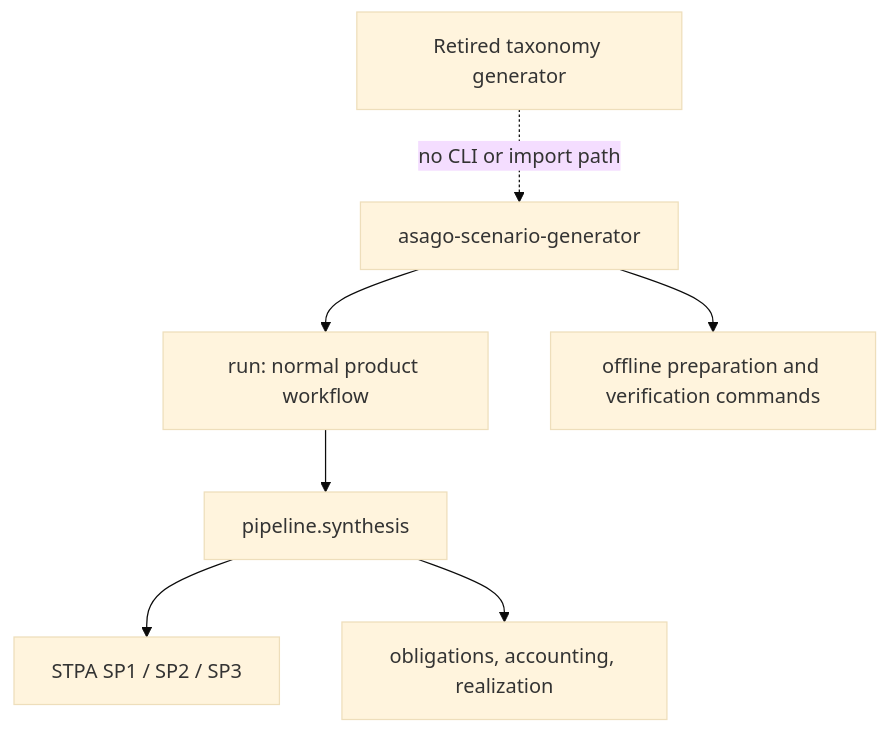
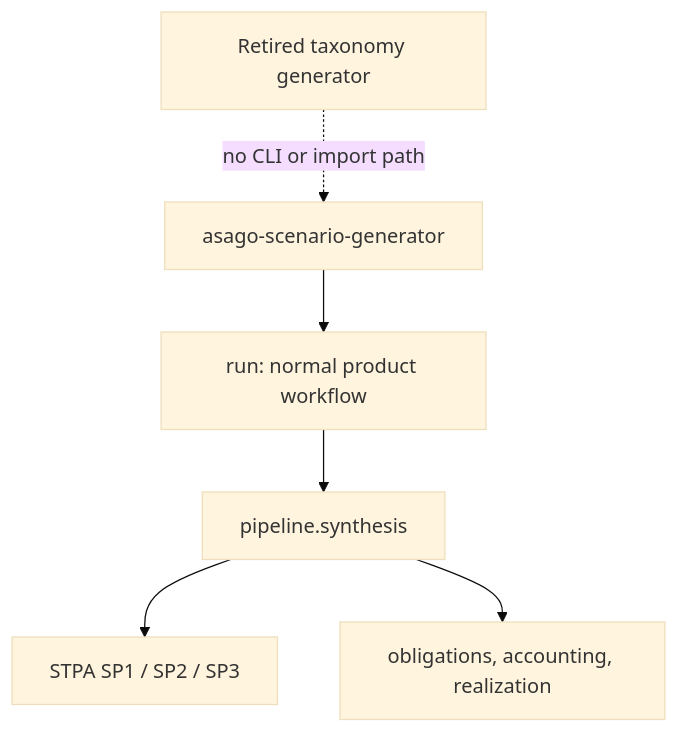
One commit to hjrnunes/asago-scenario-generator changed the second of 3 diagrams in docs/architecture/data-flow-diagrams.md. Above: the diagram before and after it, drawn with Mermaid (base theme). The commit also changed other lines of this file and 14 other files, not shown here.

````diff
--- a/docs/architecture/data-flow-diagrams.md
+++ b/docs/architecture/data-flow-diagrams.md
@@ -56,13 +56,12 @@
 ```mermaid
 flowchart TB
     CLI[asago-scenario-generator]
     CLI --> RUN[run: normal product workflow]
-    CLI --> PRE[offline preparation and verification commands]
 
     RUN --> SYN[pipeline.synthesis]
     SYN --> STPA[STPA SP1 / SP2 / SP3]
     SYN --> PHASES[obligations, accounting, realization]
 
     OLD[Retired taxonomy generator]
     OLD -. no CLI or import path .-> CLI
 ```
````
